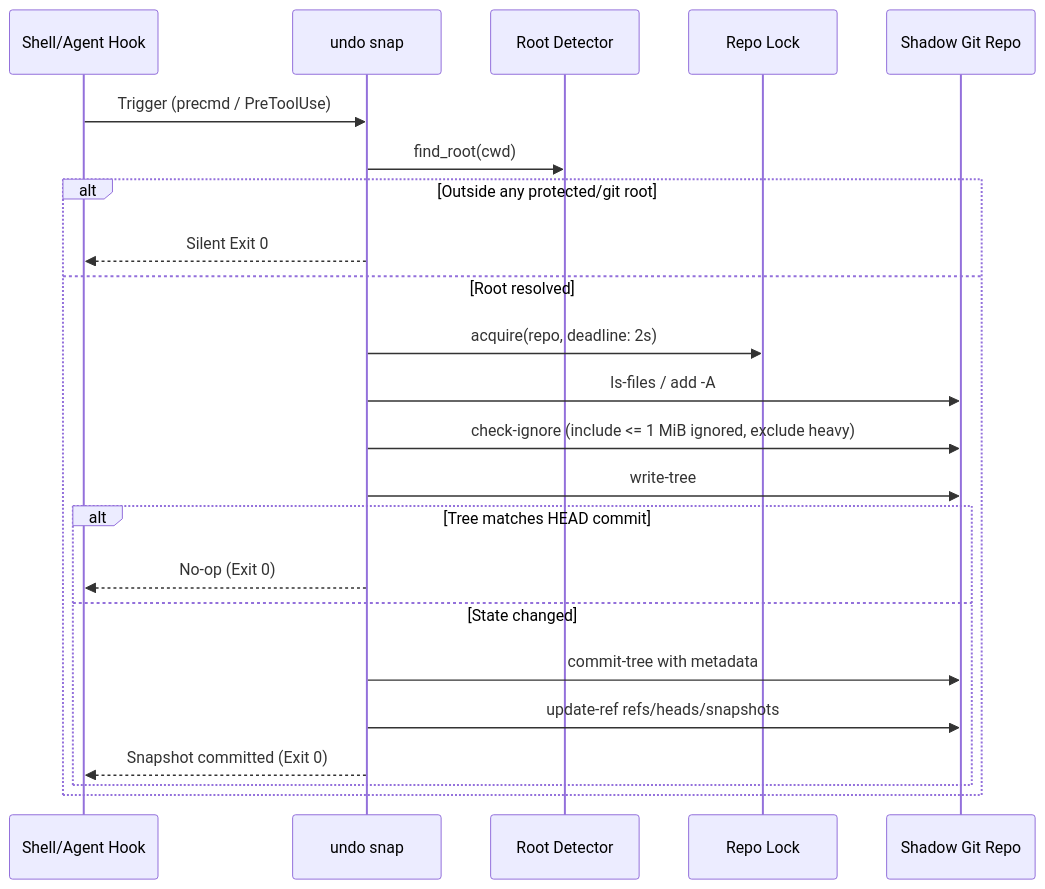
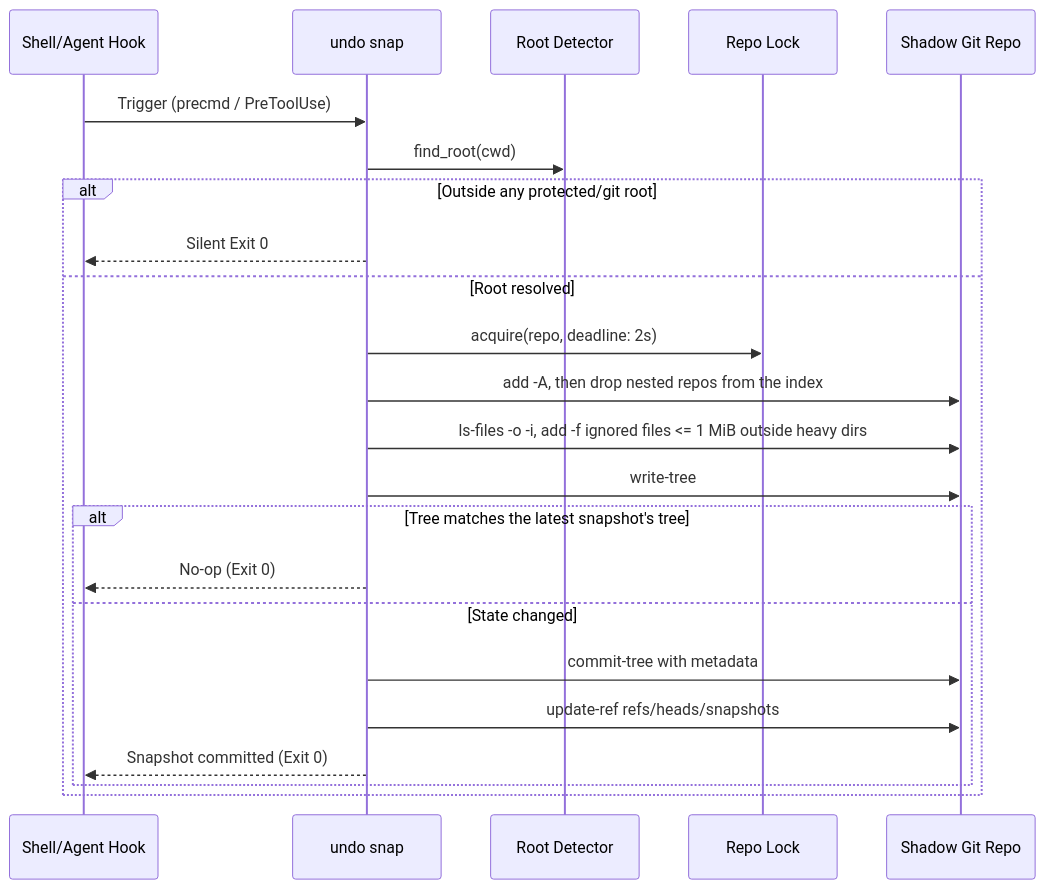
The first of 2 diagrams in ARCHITECTURE.md (dpologdvinity/undo), drawn with Mermaid before and after one commit. The commit also changed other lines of this file, not shown here.

First line of the commit message:
docs(architecture): correct lock file, repo path, restore modes and log cap (#16)

````diff
--- a/ARCHITECTURE.md
+++ b/ARCHITECTURE.md
@@ -68,26 +68,26 @@
 ```mermaid
 sequenceDiagram
     participant User/Hook as Shell/Agent Hook
     participant Snap as undo snap
     participant Root as Root Detector
     participant Lock as Repo Lock
     participant Git as Shadow Git Repo
 
     User/Hook->>Snap: Trigger (precmd / PreToolUse)
     Snap->>Root: find_root(cwd)
     alt Outside any protected/git root
         Snap-->>User/Hook: Silent Exit 0
     else Root resolved
         Snap->>Lock: acquire(repo, deadline: 2s)
-        Snap->>Git: ls-files / add -A
-        Snap->>Git: check-ignore (include <= 1 MiB ignored, exclude heavy)
+        Snap->>Git: add -A, then drop nested repos from the index
+        Snap->>Git: ls-files -o -i, add -f ignored files <= 1 MiB outside heavy dirs
         Snap->>Git: write-tree
-        alt Tree matches HEAD commit
+        alt Tree matches the latest snapshot's tree
             Snap-->>User/Hook: No-op (Exit 0)
         else State changed
             Snap->>Git: commit-tree with metadata
             Snap->>Git: update-ref refs/heads/snapshots
             Snap-->>User/Hook: Snapshot committed (Exit 0)
         end
     end
 ```
````
